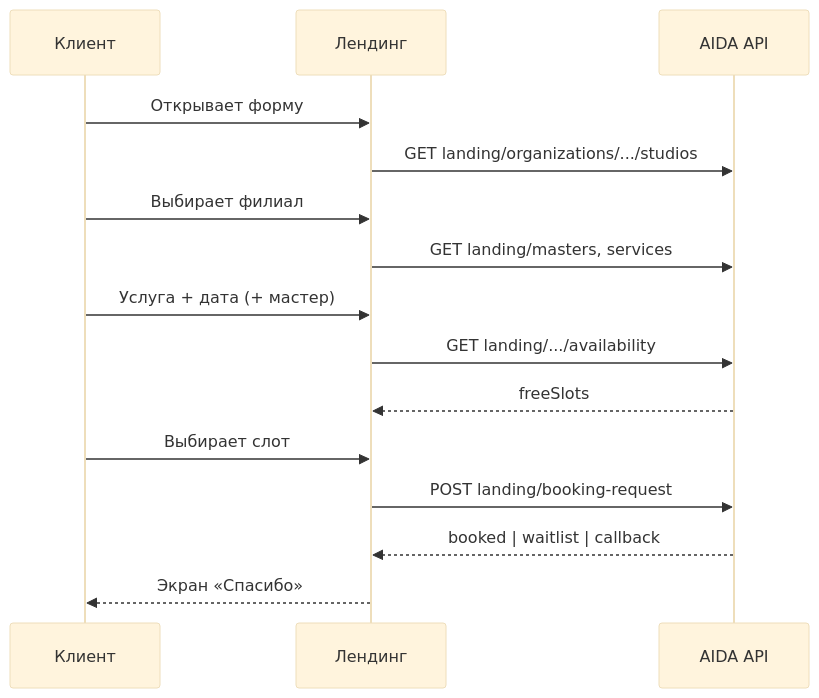
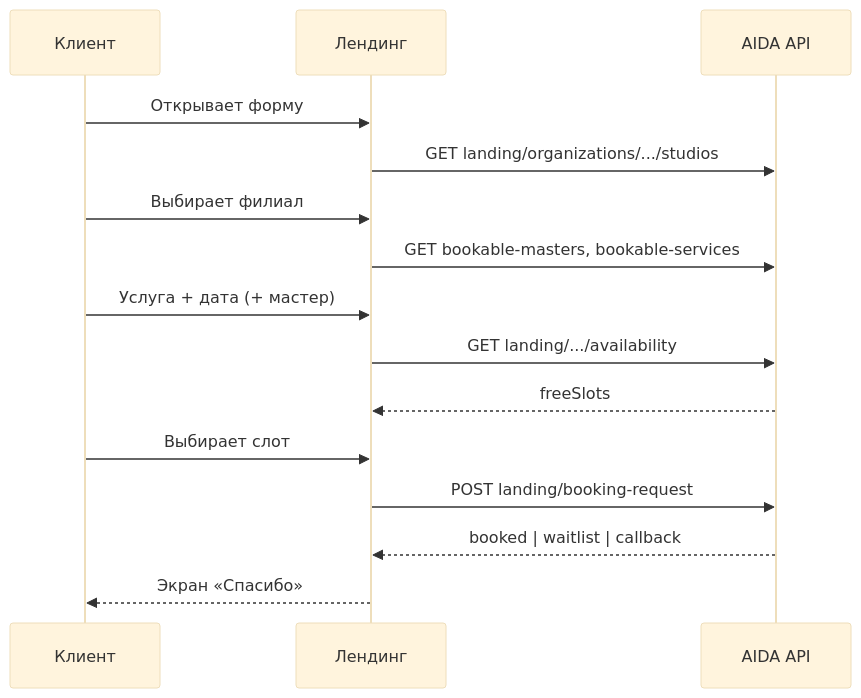
The diagram in docs/lovable/LOVABLE_LANDING_BOOKING_FORM_PROMPT.md (Hukumishe/aida_demo), drawn with Mermaid (base theme) before and after one commit. The commit also changed other lines of this file and 2 other files, not shown here.

First line of the commit message:
feat(landing): bookable services/masters for public booking form

````diff
--- a/docs/lovable/LOVABLE_LANDING_BOOKING_FORM_PROMPT.md
+++ b/docs/lovable/LOVABLE_LANDING_BOOKING_FORM_PROMPT.md
@@ -179,18 +193,18 @@
 ```mermaid
 sequenceDiagram
   participant U as Клиент
   participant L as Лендинг
   participant API as AIDA API
 
   U->>L: Открывает форму
   L->>API: GET landing/organizations/.../studios
   U->>L: Выбирает филиал
-  L->>API: GET landing/masters, services
+  L->>API: GET bookable-masters, bookable-services
   U->>L: Услуга + дата (+ мастер)
   L->>API: GET landing/.../availability
   API-->>L: freeSlots
   U->>L: Выбирает слот
   L->>API: POST landing/booking-request
   API-->>L: booked | waitlist | callback
   L-->>U: Экран «Спасибо»
 ```
````
